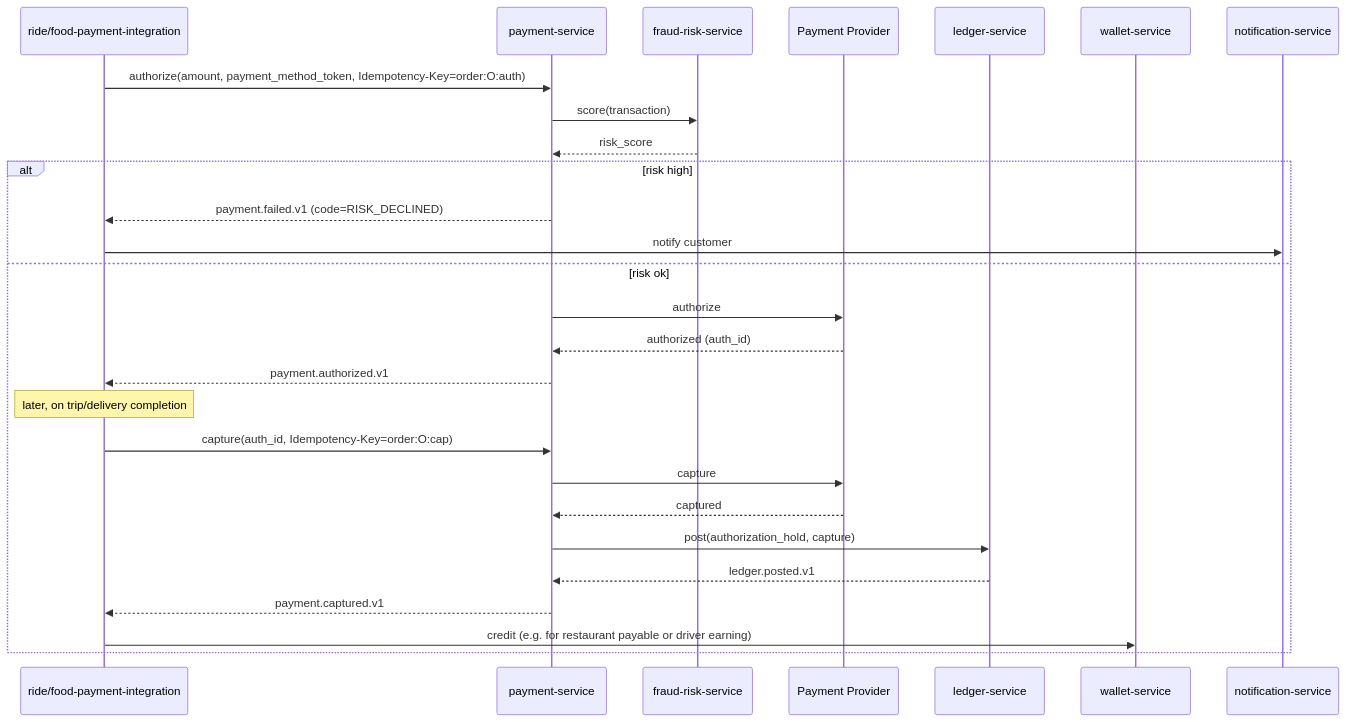
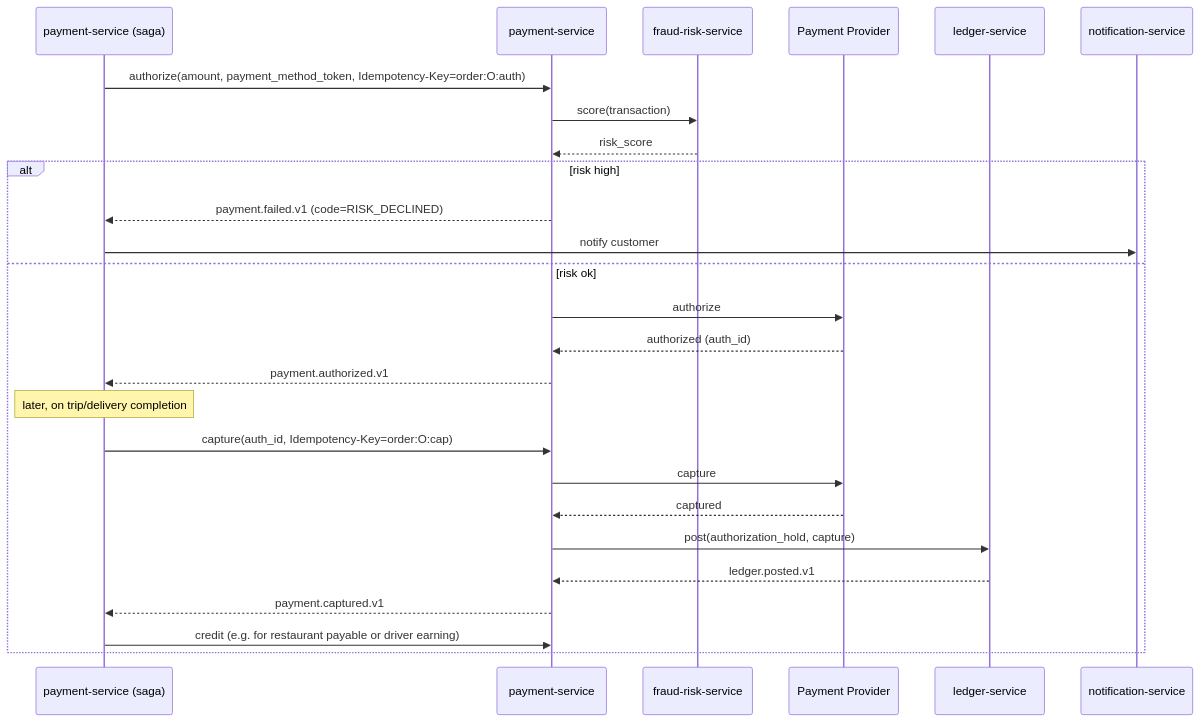
Before and after one commit to mohamedhabibwork/trips-enjoy-docs: the first of 9 diagrams in docs/workflows/PAYMENT_WORKFLOWS.md, drawn with Mermaid. The commit also changed other lines of this file and 525 other files, not shown here.

````diff
--- a/docs/workflows/PAYMENT_WORKFLOWS.md
+++ b/docs/workflows/PAYMENT_WORKFLOWS.md
@@ -23,30 +27,29 @@
 ```mermaid
 sequenceDiagram
-    participant ORCH as ride/food-payment-integration
+    participant SAGA as payment-service (saga)
     participant PAY as payment-service
     participant FR as fraud-risk-service
     participant EXT as Payment Provider
     participant LD as ledger-service
-    participant WLT as wallet-service
     participant NOT as notification-service
 
-    ORCH->>PAY: authorize(amount, payment_method_token, Idempotency-Key=order:O:auth)
+    SAGA->>PAY: authorize(amount, payment_method_token, Idempotency-Key=order:O:auth)
     PAY->>FR: score(transaction)
     FR-->>PAY: risk_score
     alt risk high
-        PAY-->>ORCH: payment.failed.v1 (code=RISK_DECLINED)
-        ORCH->>NOT: notify customer
+        PAY-->>SAGA: payment.failed.v1 (code=RISK_DECLINED)
+        SAGA->>NOT: notify customer
     else risk ok
         PAY->>EXT: authorize
         EXT-->>PAY: authorized (auth_id)
-        PAY-->>ORCH: payment.authorized.v1
-        Note over ORCH: later, on trip/delivery completion
-        ORCH->>PAY: capture(auth_id, Idempotency-Key=order:O:cap)
+        PAY-->>SAGA: payment.authorized.v1
+        Note over SAGA: later, on trip/delivery completion
+        SAGA->>PAY: capture(auth_id, Idempotency-Key=order:O:cap)
         PAY->>EXT: capture
         EXT-->>PAY: captured
         PAY->>LD: post(authorization_hold, capture)
         LD-->>PAY: ledger.posted.v1
-        PAY-->>ORCH: payment.captured.v1
-        ORCH->>WLT: credit (e.g. for restaurant payable or driver earning)
+        PAY-->>SAGA: payment.captured.v1
+        SAGA->>PAY: credit (e.g. for restaurant payable or driver earning)
     end
 ```
````
